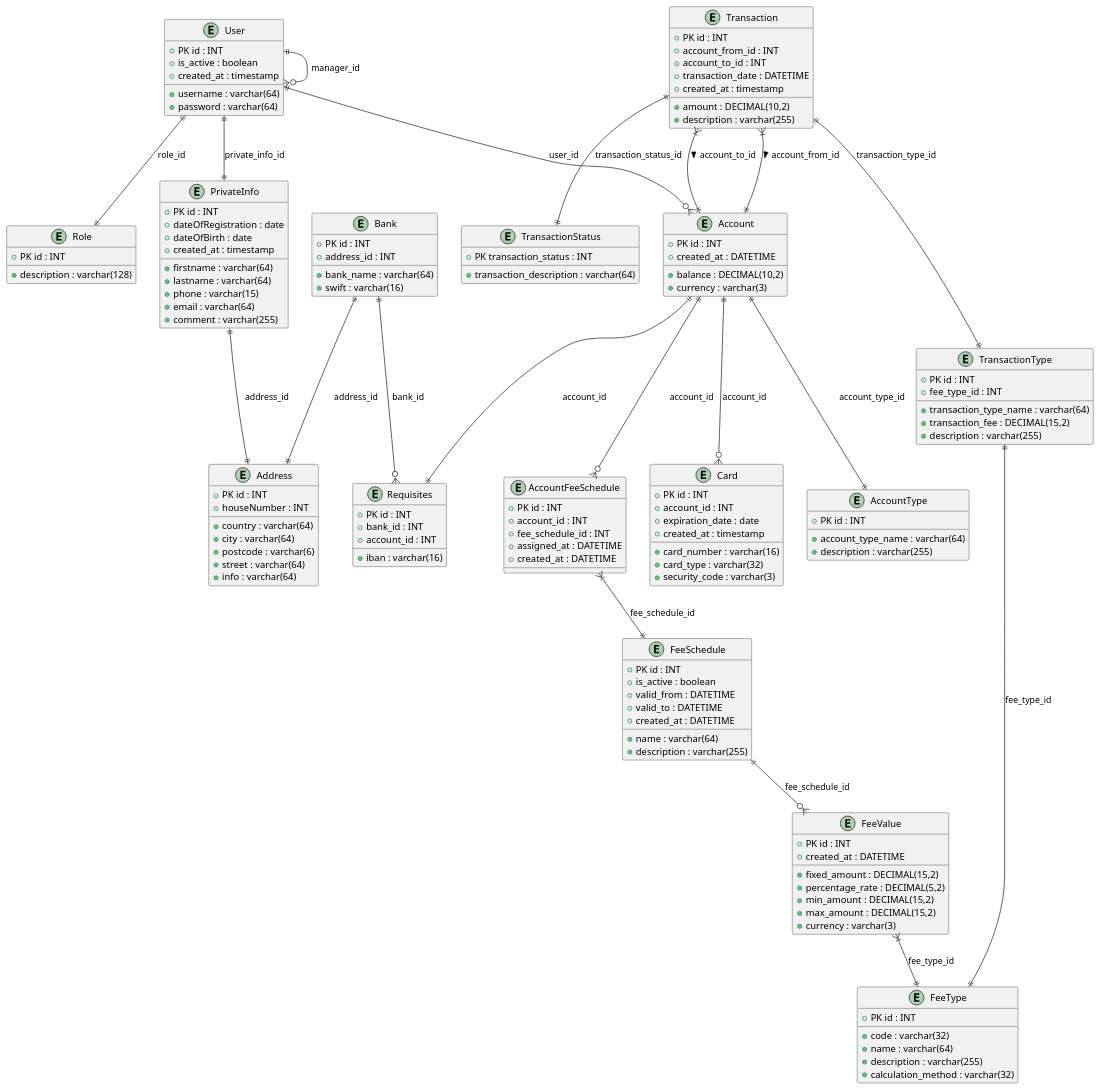
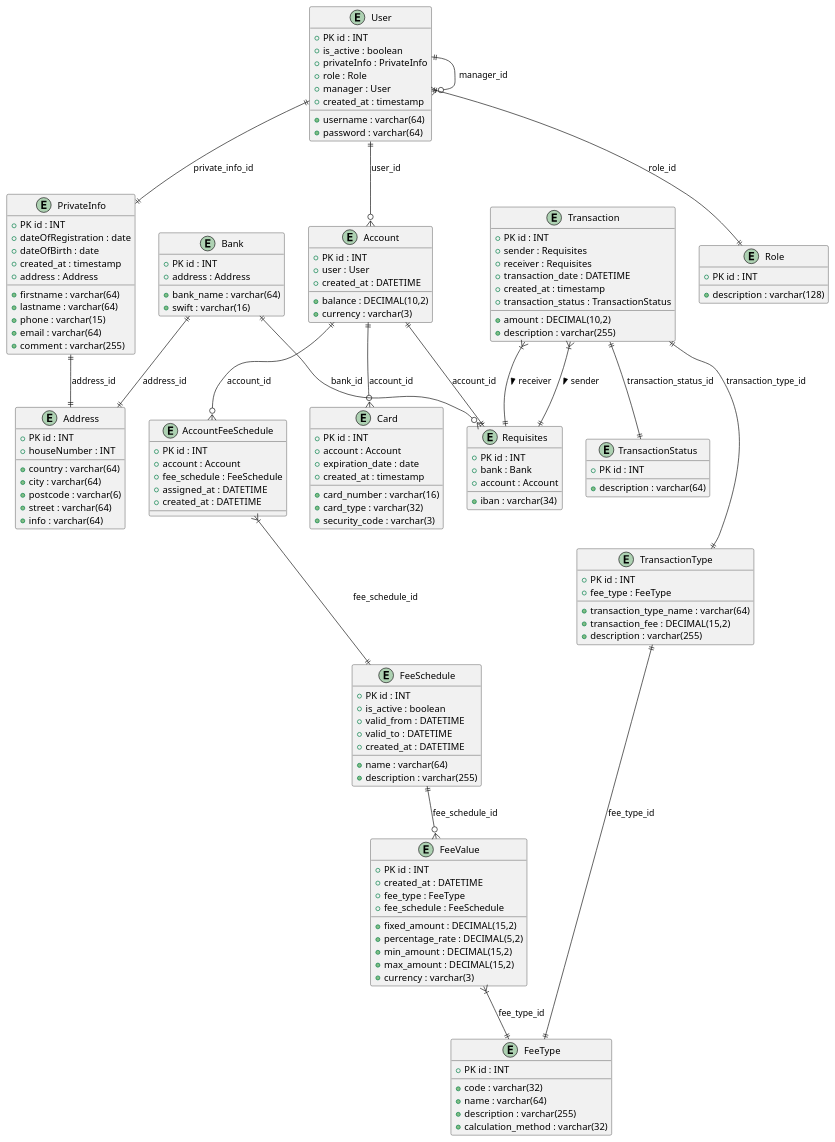
Before and after one commit to jolivuk/ProjectBankSystem: the diagram in src/Diagram.puml, drawn with PlantUML.

Commit message:
added new fields in diogram

```diff
--- a/src/Diagram.puml
+++ b/src/Diagram.puml
@@ -1,166 +1,171 @@
 @startuml
+
 
 ' Домен управления пользователями
 entity User {
-    + PK id : INT
-    + username : varchar(64)
-    + password : varchar(64)
-    + is_active : boolean
-    + created_at : timestamp
+   + PK id : INT
+   + username : varchar(64)
+   + password : varchar(64)
+   + is_active : boolean
+   + privateInfo : PrivateInfo
+   + role : Role
+   + manager : User
+   + created_at : timestamp
 }
 
 entity PrivateInfo {
-    + PK id : INT
-    + firstname : varchar(64)
-    + lastname : varchar(64)
-    + dateOfRegistration : date
-    + dateOfBirth : date
-    + phone : varchar(15)
-    + email : varchar(64)
-    + comment : varchar(255)
-    + created_at : timestamp
+   + PK id : INT
+   + firstname : varchar(64)
+   + lastname : varchar(64)
+   + dateOfRegistration : date
+   + dateOfBirth : date
+   + phone : varchar(15)
+   + email : varchar(64)
+   + comment : varchar(255)
+   + created_at : timestamp
+   + address : Address
 }
 
 entity Address {
-    + PK id : INT
-    + country : varchar(64)
-    + city : varchar(64)
-    + postcode : varchar(6)
-    + street : varchar(64)
-    + houseNumber : INT
-    + info : varchar(64)
+   + PK id : INT
+   + country : varchar(64)
+   + city : varchar(64)
+   + postcode : varchar(6)
+   + street : varchar(64)
+   + houseNumber : INT
+   + info : varchar(64)
 }
 
 entity Role {
-    + PK id : INT
-    + description : varchar(128)
+   + PK id : INT
+   + description : varchar(128)
 }
 
 ' Домен счетов
 entity Account {
-    + PK id : INT
-    + balance : DECIMAL(10,2)
-    + currency : varchar(3)
-    + created_at : DATETIME
+   + PK id : INT
+   + user : User
+   + balance : DECIMAL(10,2)
+   + currency : varchar(3)
+   + created_at : DATETIME
 }
 
-entity AccountType {
-    + PK id : INT
-    + account_type_name : varchar(64)
-    + description : varchar(255)
-}
+
 
 ' Домен комиссий
 entity FeeSchedule {
-    + PK id : INT
-    + name : varchar(64)
-    + description : varchar(255)
-    + is_active : boolean
-    + valid_from : DATETIME
-    + valid_to : DATETIME
-    + created_at : DATETIME
+   + PK id : INT
+   + name : varchar(64)
+   + description : varchar(255)
+   + is_active : boolean
+   + valid_from : DATETIME
+   + valid_to : DATETIME
+   + created_at : DATETIME
 }
 
 entity FeeType {
-    + PK id : INT
-    + code : varchar(32)
-    + name : varchar(64)
-    + description : varchar(255)
-    + calculation_method : varchar(32)
+   + PK id : INT
+   + code : varchar(32)
+   + name : varchar(64)
+   + description : varchar(255)
+   + calculation_method : varchar(32)
 }
 
 entity FeeValue {
-    + PK id : INT
-    + fixed_amount : DECIMAL(15,2)
-    + percentage_rate : DECIMAL(5,2)
-    + min_amount : DECIMAL(15,2)
-    + max_amount : DECIMAL(15,2)
-    + currency : varchar(3)
-    + created_at : DATETIME
+   + PK id : INT
+   + fixed_amount : DECIMAL(15,2)
+   + percentage_rate : DECIMAL(5,2)
+   + min_amount : DECIMAL(15,2)
+   + max_amount : DECIMAL(15,2)
+   + currency : varchar(3)
+   + created_at : DATETIME
+    + fee_type : FeeType
+   + fee_schedule : FeeSchedule
 }
 
 entity AccountFeeSchedule {
-    + PK id : INT
-    + account_id : INT
-    + fee_schedule_id : INT
-    + assigned_at : DATETIME
-    + created_at : DATETIME
+   + PK id : INT
+   + account : Account
+   + fee_schedule : FeeSchedule
+   + assigned_at : DATETIME
+   + created_at : DATETIME
 }
 
 ' Домен транзакций
 entity Transaction {
-    + PK id : INT
-    + account_from_id : INT
-    + account_to_id : INT
-    + amount : DECIMAL(10,2)
-    + description : varchar(255)
-    + transaction_date : DATETIME
-    + created_at : timestamp
+   + PK id : INT
+   + sender : Requisites
+   + receiver : Requisites
+   + amount : DECIMAL(10,2)
+   + description : varchar(255)
+   + transaction_date : DATETIME
+   + created_at : timestamp
+   + transaction_status : TransactionStatus
 }
 
 entity TransactionStatus {
-    + PK transaction_status : INT
-    + transaction_description : varchar(64)
+   + PK id : INT
+   + description : varchar(64)
 }
 
 entity TransactionType {
-    + PK id : INT
-    + fee_type_id : INT
-    + transaction_type_name : varchar(64)
-    + transaction_fee : DECIMAL(15,2)
-    + description : varchar(255)
+   + PK id : INT
+   + fee_type : FeeType
+   + transaction_type_name : varchar(64)
+   + transaction_fee : DECIMAL(15,2)
+   + description : varchar(255)
 }
 
 ' Домен карт и банков
 entity Card {
-    + PK id : INT
-    + account_id : INT
-    + card_number : varchar(16)
-    + card_type : varchar(32)
-    + expiration_date : date
-    + security_code : varchar(3)
-    + created_at : timestamp
+   + PK id : INT
+   + account : Account
+   + card_number : varchar(16)
+   + card_type : varchar(32)
+   + expiration_date : date
+   + security_code : varchar(3)
+   + created_at : timestamp
 }
 
 entity Bank {
-    + PK id : INT
-    + address_id : INT
-    + bank_name : varchar(64)
-    + swift : varchar(16)
+   + PK id : INT
+   + address : Address
+   + bank_name : varchar(64)
+   + swift : varchar(16)
 }
 
 entity Requisites {
-    + PK id : INT
-    + bank_id : INT
-    + account_id : INT
-    + iban : varchar(16)
+   + PK id : INT
+   + bank : Bank
+   + account : Account
+   + iban : varchar(34)
 }
+
 
 ' Связи базового домена
 User ||--|| PrivateInfo : private_info_id
 User ||--|| Role : role_id
 User ||--o{ User : manager_id
 User ||--o{ Account : user_id
 PrivateInfo ||--|| Address : address_id
-Account ||--|| AccountType : account_type_id
 Account ||--o{ Card : account_id
 Account ||--|| Requisites : account_id
 
 ' Связи транзакционного домена
-Transaction }|--|| Account : account_from_id >
-Transaction }|--|| Account : account_to_id >
+Transaction }|--|| Requisites : sender >
+Transaction }|--|| Requisites : receiver >
 Transaction ||--|| TransactionStatus : transaction_status_id
 Transaction ||--|| TransactionType : transaction_type_id
 
 ' Связи банковского домена
 Bank ||--o{ Requisites : bank_id
 Bank ||--|| Address : address_id
 
 ' Связи домена комиссий
 Account ||--o{ AccountFeeSchedule : account_id
 AccountFeeSchedule }|--|| FeeSchedule : fee_schedule_id
 FeeSchedule ||--o{ FeeValue : fee_schedule_id
 FeeValue }|--|| FeeType : fee_type_id
 TransactionType ||--|| FeeType : fee_type_id
 
 @enduml
```
